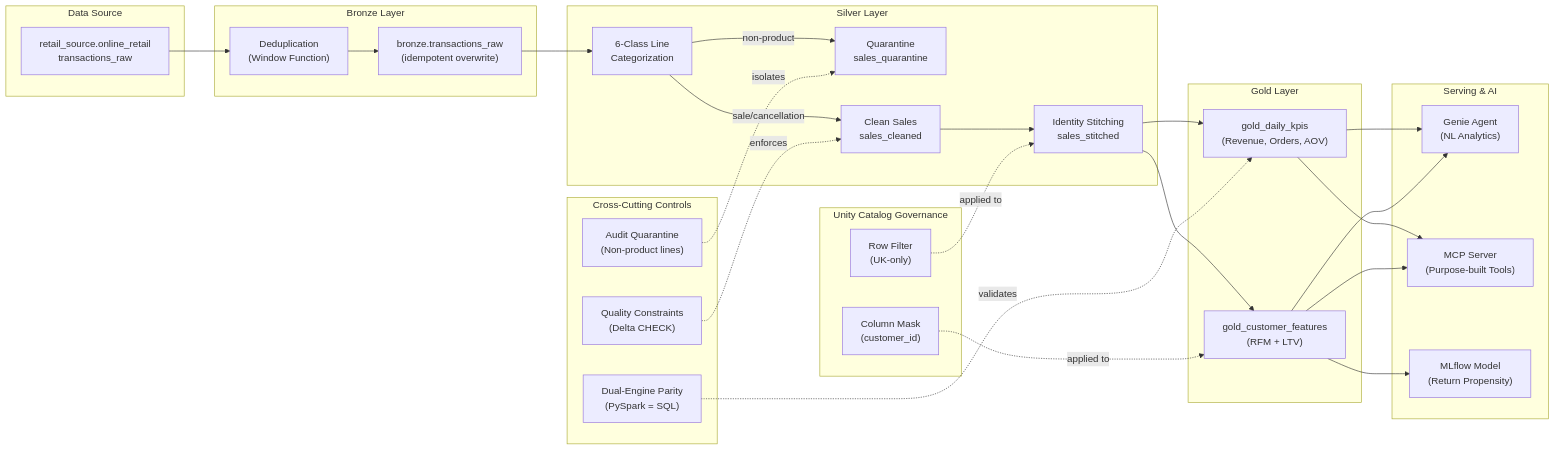
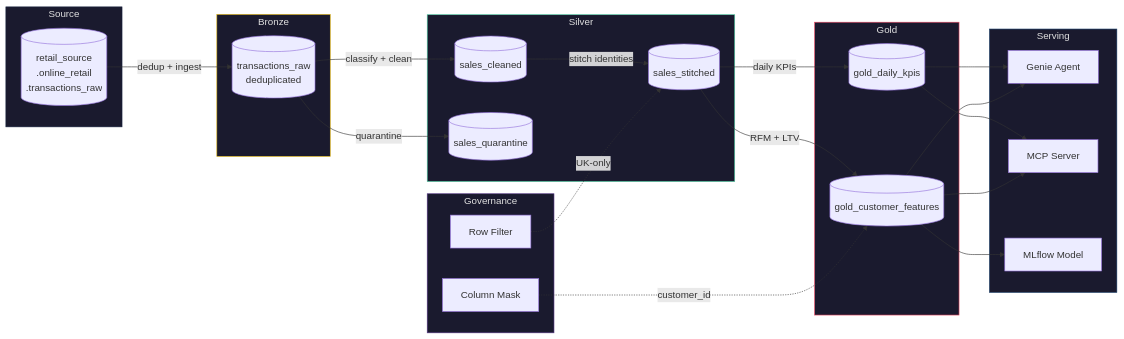
Before and after one commit to slysik/databricks-eda: the diagram in README.md, drawn with Mermaid. The commit also changed other lines of this file and 8 other files, not shown here.

````diff
--- a/README.md
+++ b/README.md
@@ -20,58 +20,53 @@
 ```mermaid
 flowchart LR
-    subgraph Source["Data Source"]
-        SRC["retail_source.online_retail<br/>transactions_raw"]
+    subgraph src["Source"]
+        SRC[("retail_source<br/>.online_retail<br/>.transactions_raw")]
     end
 
-    subgraph Bronze["Bronze Layer"]
-        B_ING["Deduplication<br/>(Window Function)"]
-        B_TBL["bronze.transactions_raw<br/>(idempotent overwrite)"]
+    subgraph bronze["Bronze"]
+        B[("transactions_raw<br/>deduplicated")]
     end
 
-    subgraph Silver["Silver Layer"]
-        S_CLS["6-Class Line<br/>Categorization"]
-        S_Q["Quarantine<br/>sales_quarantine"]
-        S_CLN["Clean Sales<br/>sales_cleaned"]
-        S_STC["Identity Stitching<br/>sales_stitched"]
+    subgraph silver["Silver"]
+        S1[("sales_cleaned")]
+        S2[("sales_quarantine")]
+        S3[("sales_stitched")]
     end
 
-    subgraph Gold["Gold Layer"]
-        G_KPI["gold_daily_kpis<br/>(Revenue, Orders, AOV)"]
-        G_RFM["gold_customer_features<br/>(RFM + LTV)"]
+    subgraph gold["Gold"]
+        G1[("gold_daily_kpis")]
+        G2[("gold_customer_features")]
     end
 
-    subgraph Governance["Unity Catalog Governance"]
-        UC_MASK["Column Mask<br/>(customer_id)"]
-        UC_RLS["Row Filter<br/>(UK-only)"]
+    subgraph serve["Serving"]
+        GENIE["Genie Agent"]
+        MCP["MCP Server"]
+        ML["MLflow Model"]
     end
 
-    subgraph Serving["Serving & AI"]
-        GENIE["Genie Agent<br/>(NL Analytics)"]
-        MCP_S["MCP Server<br/>(Purpose-built Tools)"]
-        ML_M["MLflow Model<br/>(Return Propensity)"]
+    subgraph gov["Governance"]
+        MASK["Column Mask"]
+        RLS["Row Filter"]
     end
 
-    subgraph XCut["Cross-Cutting Controls"]
-        QC["Quality Constraints<br/>(Delta CHECK)"]
-        PAR["Dual-Engine Parity<br/>(PySpark = SQL)"]
-        AUD["Audit Quarantine<br/>(Non-product lines)"]
-    end
+    SRC -->|"dedup + ingest"| B
+    B -->|"classify + clean"| S1
+    B -->|"quarantine"| S2
+    S1 -->|"stitch identities"| S3
+    S3 -->|"daily KPIs"| G1
+    S3 -->|"RFM + LTV"| G2
+    G1 --> GENIE
+    G2 --> GENIE
+    G1 --> MCP
+    G2 --> MCP
+    G2 --> ML
+    MASK -.->|"customer_id"| G2
+    RLS -.->|"UK-only"| S3
 
-    SRC --> B_ING --> B_TBL
-    B_TBL --> S_CLS
-    S_CLS -->|sale/cancellation| S_CLN
-    S_CLS -->|non-product| S_Q
-    S_CLN --> S_STC
-    S_STC --> G_KPI
-    S_STC --> G_RFM
-    G_KPI --> GENIE
-    G_RFM --> GENIE
-    G_KPI --> MCP_S
-    G_RFM --> MCP_S
-    G_RFM --> ML_M
-    UC_MASK -.->|applied to| G_RFM
-    UC_RLS -.->|applied to| S_STC
-    QC -.->|enforces| S_CLN
-    PAR -.->|validates| G_KPI
-    AUD -.->|isolates| S_Q
+    style src fill:#1a1a2e,stroke:#16213e,color:#e0e0e0
+    style bronze fill:#1a1a2e,stroke:#e2b714,color:#e0e0e0
+    style silver fill:#1a1a2e,stroke:#4ecca3,color:#e0e0e0
+    style gold fill:#1a1a2e,stroke:#e94560,color:#e0e0e0
+    style serve fill:#1a1a2e,stroke:#0f3460,color:#e0e0e0
+    style gov fill:#1a1a2e,stroke:#533483,color:#e0e0e0
 ```
````
